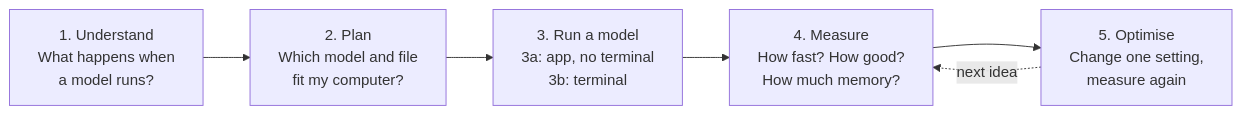
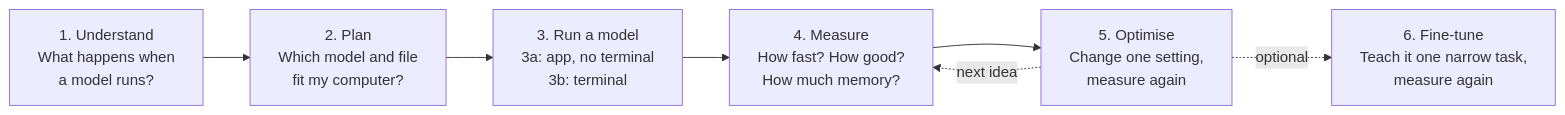
One commit to jellydn/tiny-local-ai changed the diagram in docs/README.md. Above: the diagram before and after it, drawn with Mermaid. The commit also changed other lines of this file and 5 other files, not shown here.

First line of the commit message:
docs: add optional Step 6 fine-tuning page

````diff
--- a/docs/README.md
+++ b/docs/README.md
@@ -17,8 +17,9 @@
 ```mermaid
 flowchart LR
     A["1. Understand<br/>What happens when<br/>a model runs?"] --> B["2. Plan<br/>Which model and file<br/>fit my computer?"]
     B --> C["3. Run a model<br/>3a: app, no terminal<br/>3b: terminal"]
     C --> D["4. Measure<br/>How fast? How good?<br/>How much memory?"]
     D --> E["5. Optimise<br/>Change one setting,<br/>measure again"]
     E -.->|"next idea"| D
+    E -.->|"optional"| F["6. Fine-tune<br/>Teach it one narrow task,<br/>measure again"]
 ```
````
